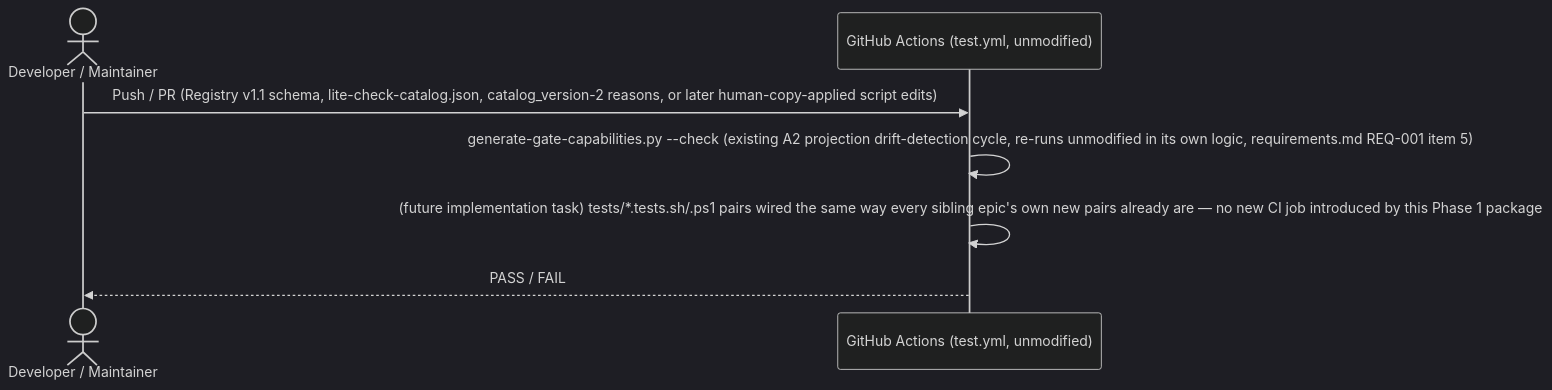
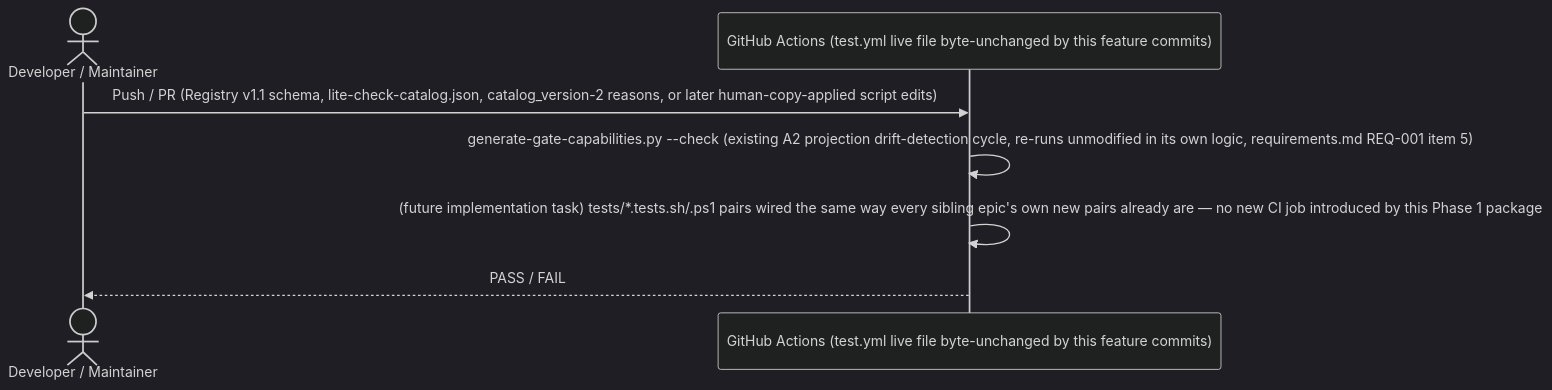
One commit to aharada54914/sdd-forge changed the second of 2 diagrams in specs/epic-194-a6-lite-integration/infra-spec.md. Above: the diagram before and after it, drawn with Mermaid (dark theme). The commit also changed other lines of this file and 2 other files, not shown here.

````diff
--- a/specs/epic-194-a6-lite-integration/infra-spec.md
+++ b/specs/epic-194-a6-lite-integration/infra-spec.md
@@ -43,9 +43,9 @@
 ```mermaid
 sequenceDiagram
   actor D as Developer / Maintainer
-  participant CI as GitHub Actions (test.yml, unmodified)
+  participant CI as GitHub Actions (test.yml live file byte-unchanged by this feature commits)
   D->>CI: Push / PR (Registry v1.1 schema, lite-check-catalog.json, catalog_version-2 reasons, or later human-copy-applied script edits)
   CI->>CI: generate-gate-capabilities.py --check (existing A2 projection drift-detection cycle, re-runs unmodified in its own logic, requirements.md REQ-001 item 5)
   CI->>CI: (future implementation task) tests/*.tests.sh/.ps1 pairs wired the same way every sibling epic's own new pairs already are — no new CI job introduced by this Phase 1 package
   CI-->>D: PASS / FAIL
 ```
````
